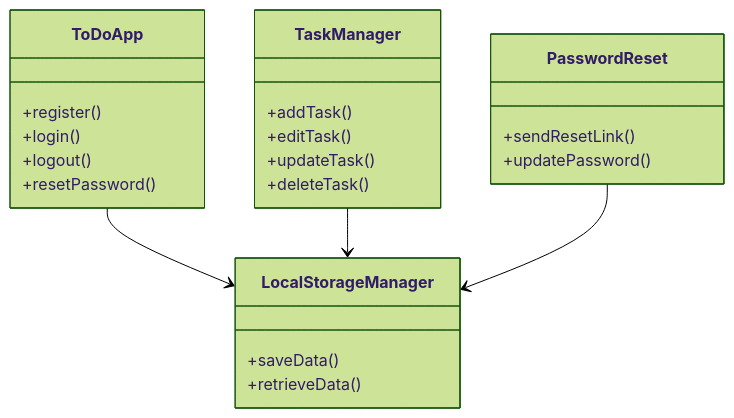
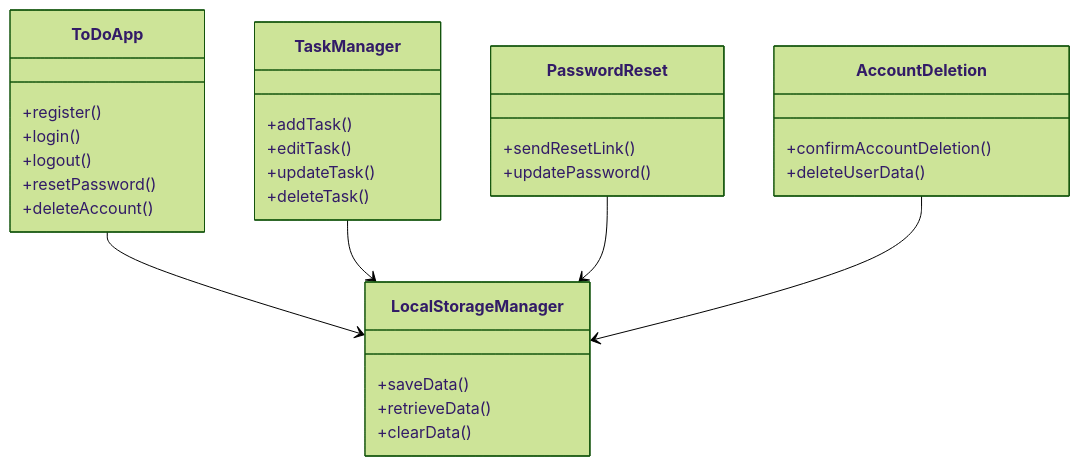
Before and after one commit to Gogi2016/ToDoApp: the fourth of 4 diagrams in ARCHITECTURE.md, drawn with Mermaid (forest theme). The commit also changed other lines of this file, not shown here.

````diff
--- a/ARCHITECTURE.md
+++ b/ARCHITECTURE.md
@@ -99,26 +102,33 @@
 ``` mermaid
 classDiagram
   class ToDoApp {
     +register()
     +login()
     +logout()
     +resetPassword()
+    +deleteAccount()
   }
   class TaskManager {
     +addTask()
     +editTask()
     +updateTask()
     +deleteTask()
   }
   class PasswordReset {
     +sendResetLink()
     +updatePassword()
   }
+  class AccountDeletion {
+    +confirmAccountDeletion()
+    +deleteUserData()
+  }
   class LocalStorageManager {
     +saveData()
     +retrieveData()
+    +clearData()
   }
   ToDoApp --> LocalStorageManager
   TaskManager --> LocalStorageManager
   PasswordReset --> LocalStorageManager
+  AccountDeletion --> LocalStorageManager
   ```
````
